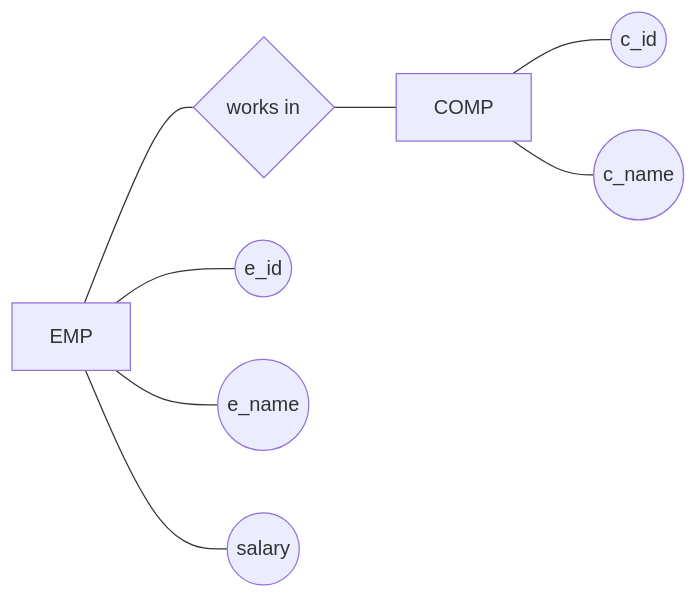
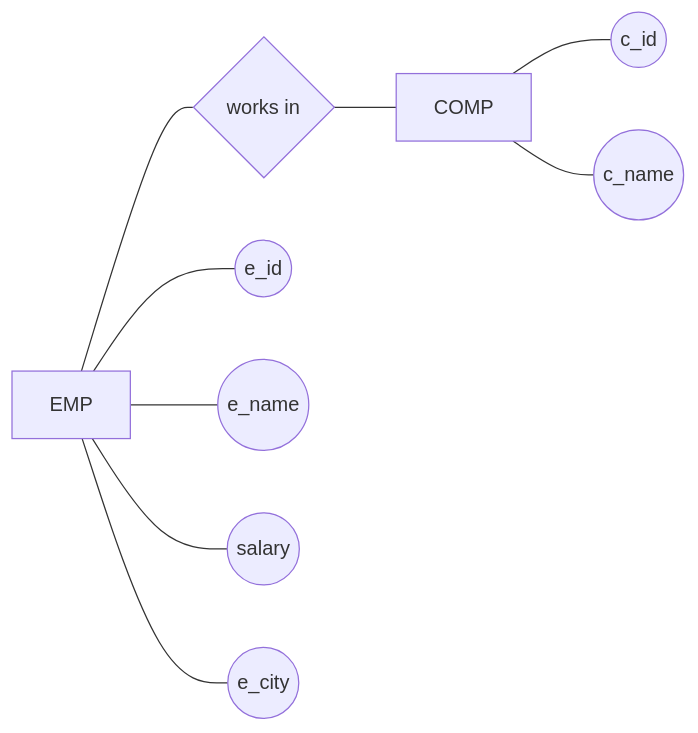
Before and after one commit to Utkarsh-Singh-u/firstOne: the first of 4 diagrams in README.md, drawn with Mermaid. The commit also changed other lines of this file, not shown here.

First line of the commit message:
Update README with ER diagrams and e_city attribute

````diff
--- a/README.md
+++ b/README.md
@@ -3,18 +3,19 @@
 ```mermaid
 flowchart LR
 
     EMP[EMP]
     COMP[COMP]
 
     WORKS_IN{works in}
 
     EMP --- WORKS_IN
     WORKS_IN --- COMP
 
     EMP --- e_id((e_id))
     EMP --- e_name((e_name))
     EMP --- salary((salary))
+    EMP --- e_city((e_city))
 
     COMP --- c_id((c_id))
     COMP --- c_name((c_name))
 ```
````
